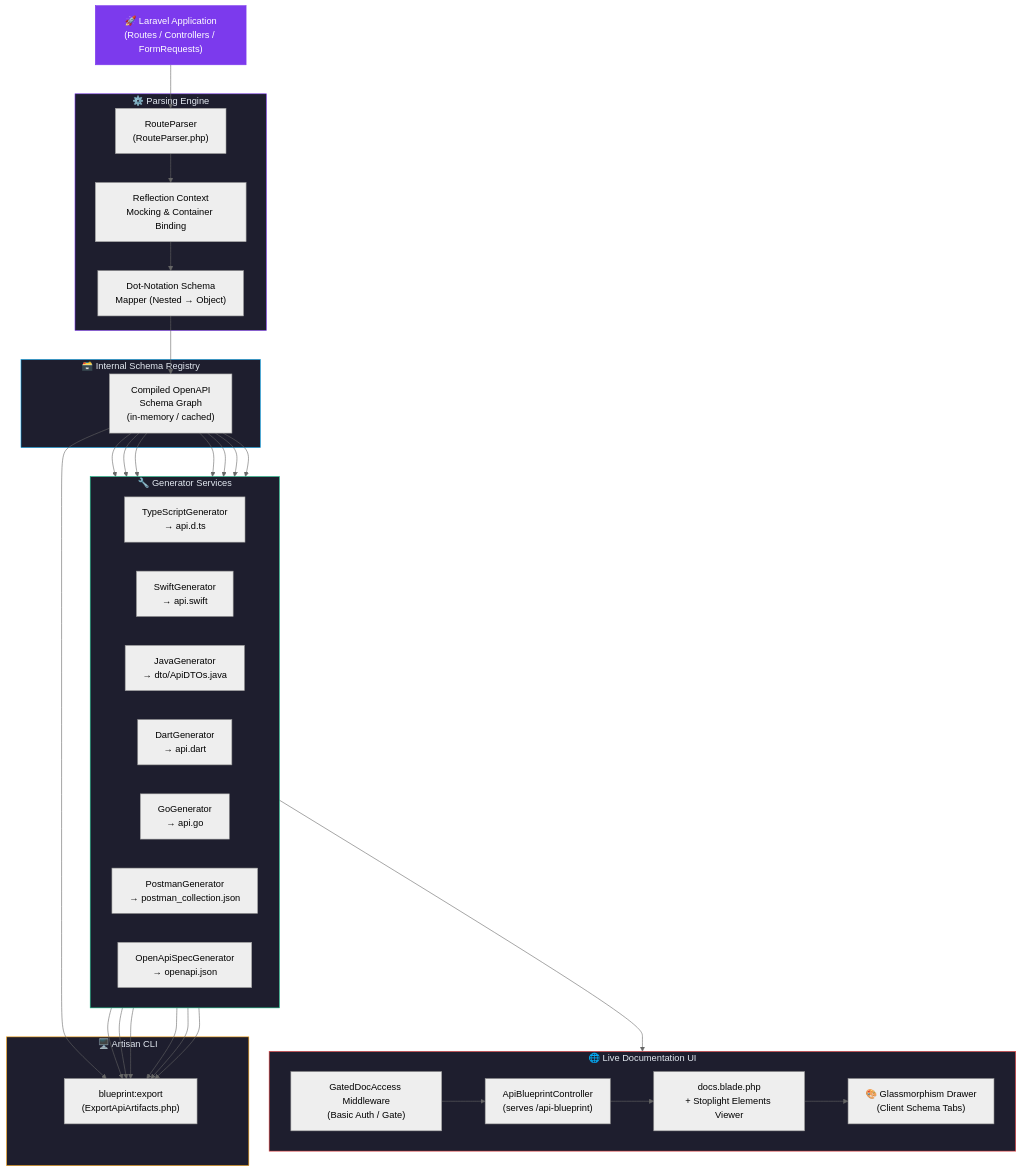
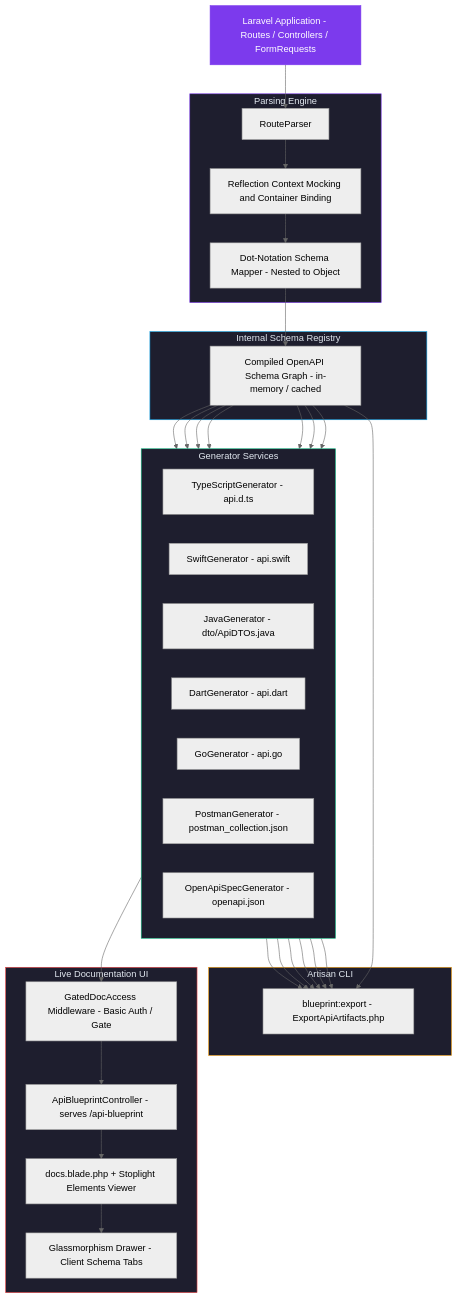
Before and after one commit to ahtesham-clcbws/laravel-api-blueprint: the diagram in README.md, drawn with Mermaid (neutral theme).

Commit message:
docs: fix Mermaid diagram syntax for GitHub rendering compatibility

````diff
--- a/README.md
+++ b/README.md
@@ -202,58 +202,63 @@
 ```mermaid
 flowchart TD
-    A["🚀 Laravel Application\n(Routes / Controllers / FormRequests)"]
+    A["Laravel Application - Routes / Controllers / FormRequests"]
 
-    subgraph PARSE ["⚙️ Parsing Engine"]
-        B["RouteParser\n(RouteParser.php)"]
-        B1["Reflection Context\nMocking & Container Binding"]
-        B2["Dot-Notation Schema\nMapper (Nested → Object)"]
+    subgraph PARSE ["Parsing Engine"]
+        B["RouteParser"]
+        B1["Reflection Context Mocking and Container Binding"]
+        B2["Dot-Notation Schema Mapper - Nested to Object"]
         B --> B1 --> B2
     end
 
-    subgraph REGISTRY ["🗃️ Internal Schema Registry"]
-        C["Compiled OpenAPI\nSchema Graph\n(in-memory / cached)"]
+    subgraph REGISTRY ["Internal Schema Registry"]
+        C["Compiled OpenAPI Schema Graph - in-memory / cached"]
     end
 
-    subgraph GENERATORS ["🔧 Generator Services"]
+    subgraph GENERATORS ["Generator Services"]
         direction LR
-        G1["TypeScriptGenerator\n→ api.d.ts"]
-        G2["SwiftGenerator\n→ api.swift"]
-        G3["JavaGenerator\n→ dto/ApiDTOs.java"]
-        G4["DartGenerator\n→ api.dart"]
-        G5["GoGenerator\n→ api.go"]
-        G6["PostmanGenerator\n→ postman_collection.json"]
-        G7["OpenApiSpecGenerator\n→ openapi.json"]
+        G1["TypeScriptGenerator - api.d.ts"]
+        G2["SwiftGenerator - api.swift"]
+        G3["JavaGenerator - dto/ApiDTOs.java"]
+        G4["DartGenerator - api.dart"]
+        G5["GoGenerator - api.go"]
+        G6["PostmanGenerator - postman_collection.json"]
+        G7["OpenApiSpecGenerator - openapi.json"]
     end
 
-    subgraph CLI ["🖥️ Artisan CLI"]
-        E["blueprint:export\n(ExportApiArtifacts.php)"]
+    subgraph CLI ["Artisan CLI"]
+        E["blueprint:export - ExportApiArtifacts.php"]
     end
 
-    subgraph UI ["🌐 Live Documentation UI"]
-        F1["ApiBlueprintController\n(serves /api-blueprint)"]
-        F2["GatedDocAccess Middleware\n(Basic Auth / Gate)"]
-        F3["docs.blade.php\n+ Stoplight Elements Viewer"]
-        F4["🎨 Glassmorphism Drawer\n(Client Schema Tabs)"]
+    subgraph UI ["Live Documentation UI"]
+        F2["GatedDocAccess Middleware - Basic Auth / Gate"]
+        F1["ApiBlueprintController - serves /api-blueprint"]
+        F3["docs.blade.php + Stoplight Elements Viewer"]
+        F4["Glassmorphism Drawer - Client Schema Tabs"]
         F2 --> F1 --> F3 --> F4
     end
 
     A --> B
     B2 --> C
     C --> G1
     C --> G2
     C --> G3
     C --> G4
     C --> G5
     C --> G6
     C --> G7
-    G7 --> UI
+    G7 --> F2
     C --> E
-    G1 & G2 & G3 & G4 & G5 & G6 --> E
+    G1 --> E
+    G2 --> E
+    G3 --> E
+    G4 --> E
+    G5 --> E
+    G6 --> E
 
     style PARSE fill:#1e1e2e,stroke:#7c3aed,color:#e2e8f0
     style REGISTRY fill:#1e1e2e,stroke:#0ea5e9,color:#e2e8f0
     style GENERATORS fill:#1e1e2e,stroke:#10b981,color:#e2e8f0
     style CLI fill:#1e1e2e,stroke:#f59e0b,color:#e2e8f0
     style UI fill:#1e1e2e,stroke:#ef4444,color:#e2e8f0
     style A fill:#7c3aed,stroke:#7c3aed,color:#fff
 ```
````
